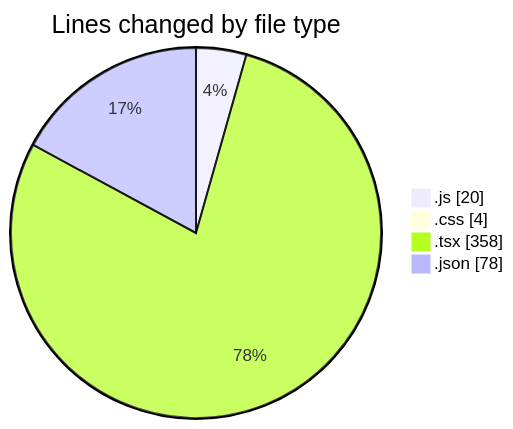
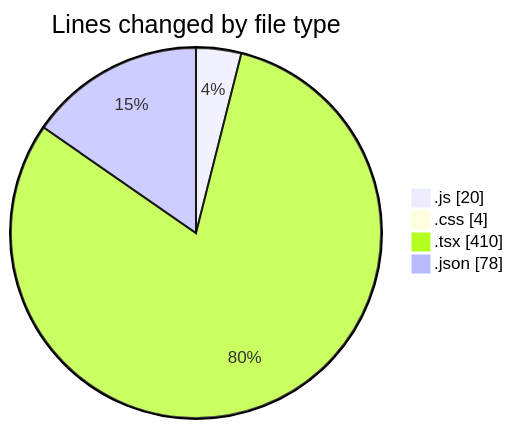
One commit to Ritupan-Deka/code-tracking changed the first of 2 diagrams in 2025-06-19/scopecraft/README.md. Above: the diagram before and after it, drawn with Mermaid. The commit also changed other lines of this file and 1 other file, not shown here.

````diff
--- a/2025-06-19/scopecraft/README.md
+++ b/2025-06-19/scopecraft/README.md
@@ -32,8 +33,8 @@
 ```mermaid
 pie showData
 title Lines changed by file type
 ".js" : 20
 ".css" : 4
-".tsx" : 358
+".tsx" : 410
 ".json" : 78
 ```
````
